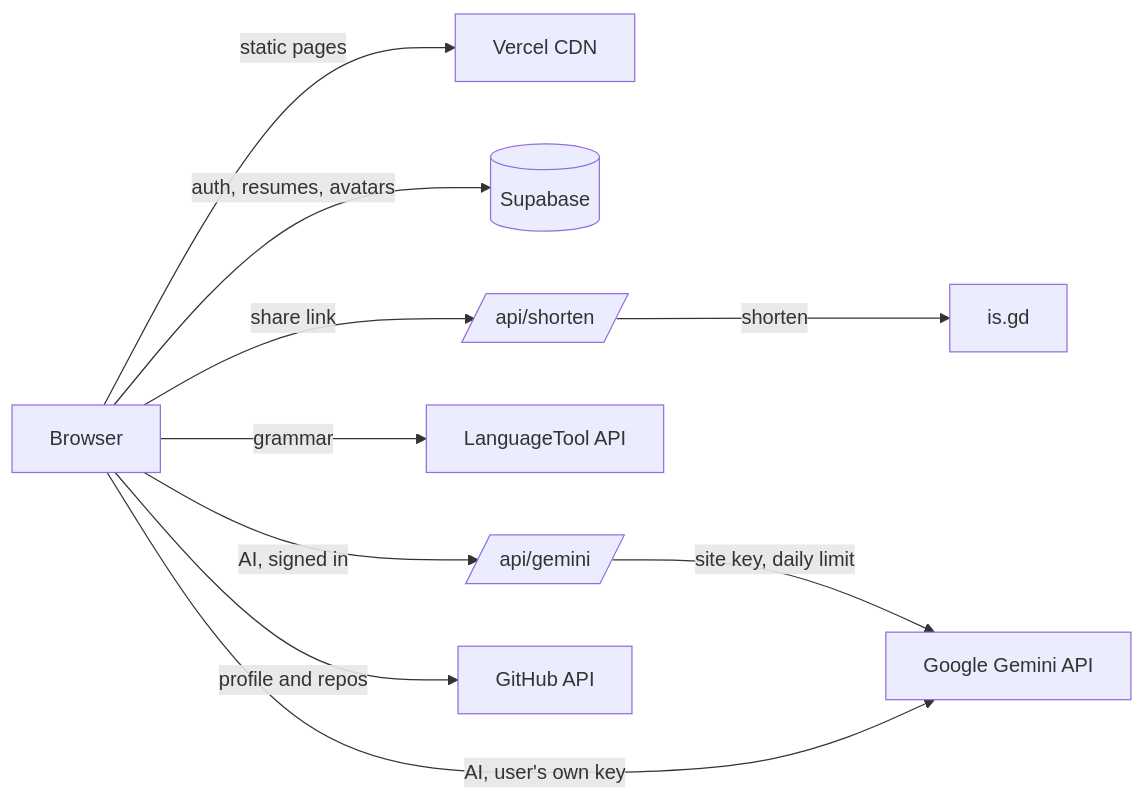
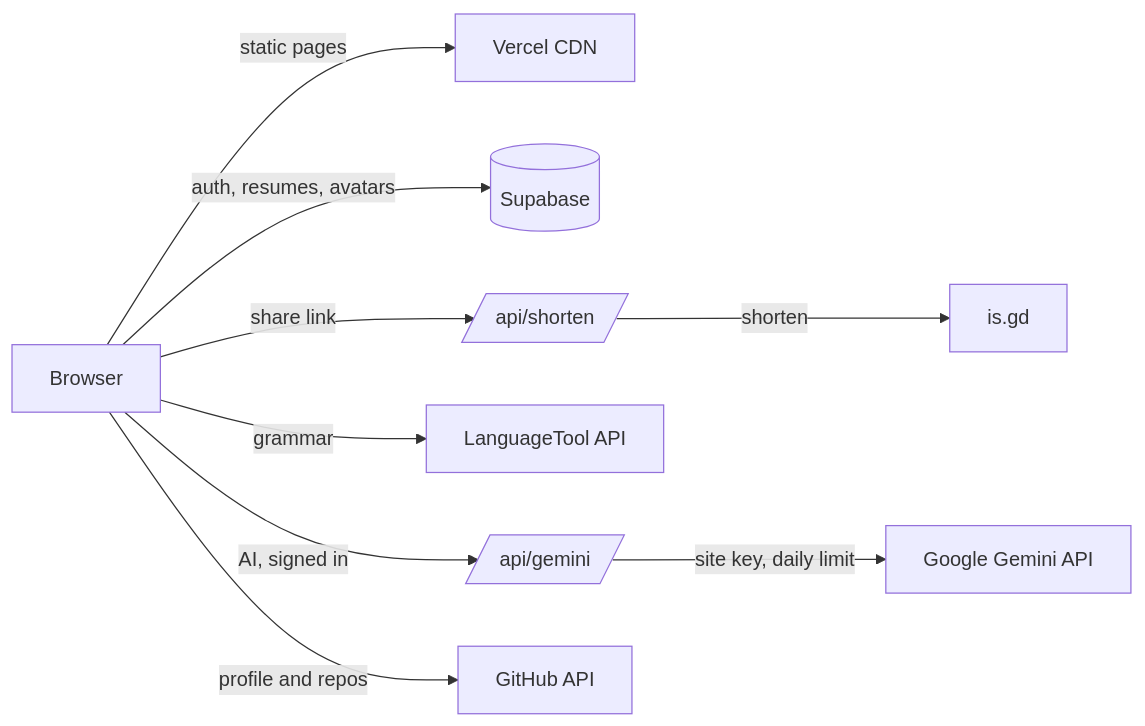
The diagram in README.md (Taimur-Soft/taimur-resume), drawn with Mermaid before and after one commit. The commit also changed other lines of this file and 8 other files, not shown here.

First line of the commit message:
Remove user Gemini key option; AI runs only on the site key

````diff
--- a/README.md
+++ b/README.md
@@ -67,12 +67,11 @@
 ```mermaid
 flowchart LR
   U[Browser] -->|static pages| V[Vercel CDN]
   U -->|auth, resumes, avatars| S[(Supabase)]
   U -->|share link| F[/api/shorten/]
   F -->|shorten| G[is.gd]
   U -->|grammar| L[LanguageTool API]
   U -->|AI, signed in| AI[/api/gemini/]
   AI -->|site key, daily limit| GM[Google Gemini API]
-  U -->|AI, user's own key| GM
   U -->|profile and repos| GH[GitHub API]
 ```
````
